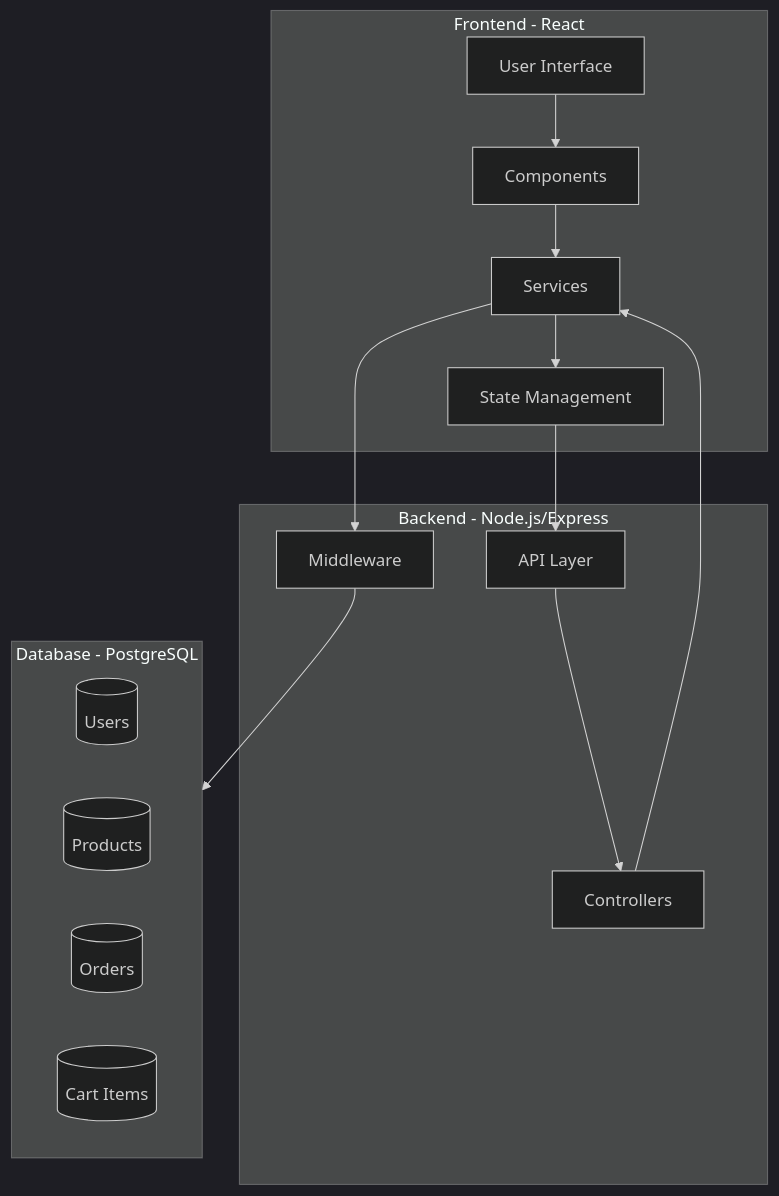
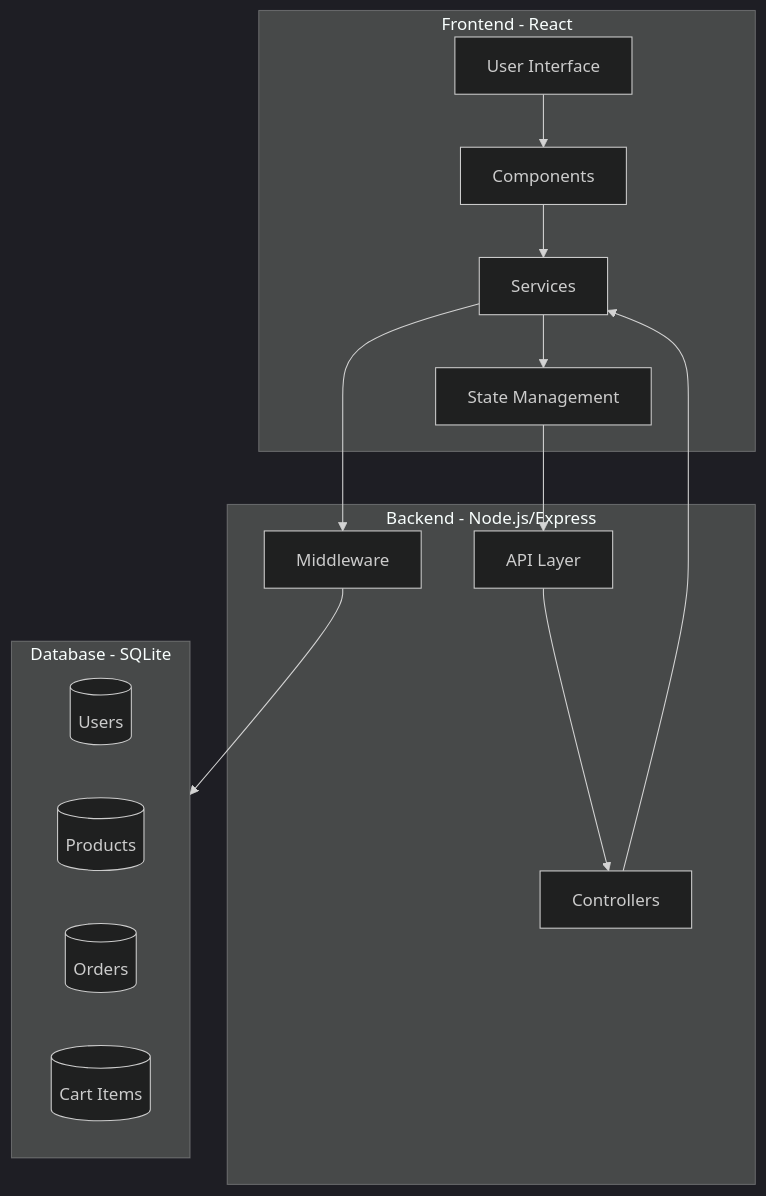
Before and after one commit to HasiniA99x/go-vibe-99x: the first of 6 diagrams in smart-cart/ARCHITECTURE.md, drawn with Mermaid (dark theme). The commit also changed other lines of this file, not shown here.

Commit message:
Update the db architecture

````diff
--- a/smart-cart/ARCHITECTURE.md
+++ b/smart-cart/ARCHITECTURE.md
@@ -12,32 +12,32 @@
 ```mermaid
 graph TB
     subgraph Frontend [Frontend - React]
         UI[User Interface]
         Components[Components]
         Services[Services]
         State[State Management]
     end
 
     subgraph Backend [Backend - Node.js/Express]
         API[API Layer]
         Controllers[Controllers]
         Services[Services]
         Middleware[Middleware]
     end
 
-    subgraph Database [Database - PostgreSQL]
+    subgraph Database [Database - SQLite]
         Users[(Users)]
         Products[(Products)]
         Orders[(Orders)]
         Cart[(Cart Items)]
     end
 
     UI --> Components
     Components --> Services
     Services --> State
     State --> API
     API --> Controllers
     Controllers --> Services
     Services --> Middleware
     Middleware --> Database
 ```
````
